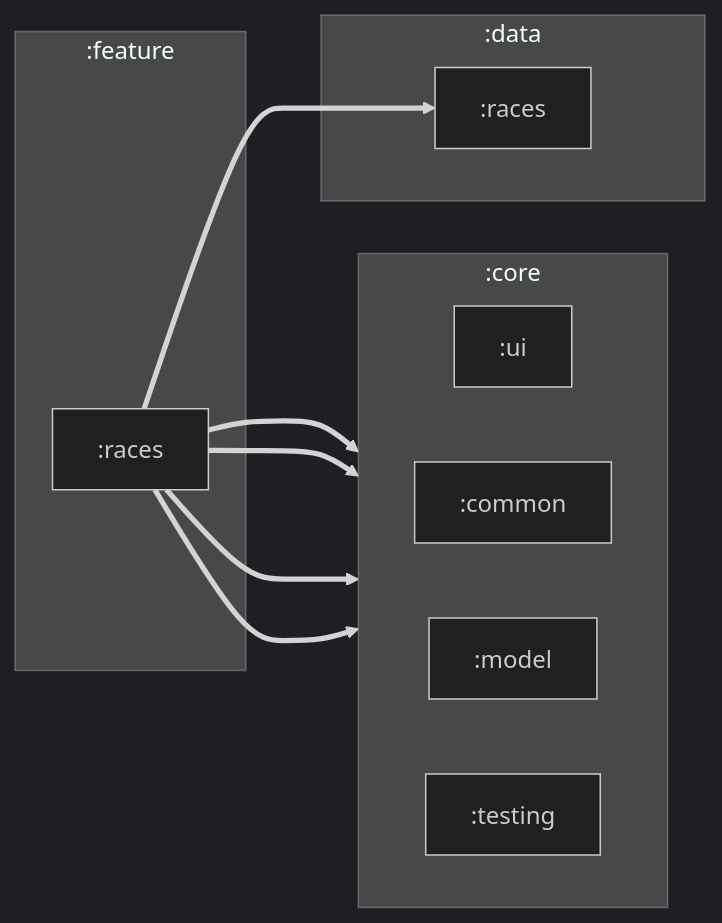
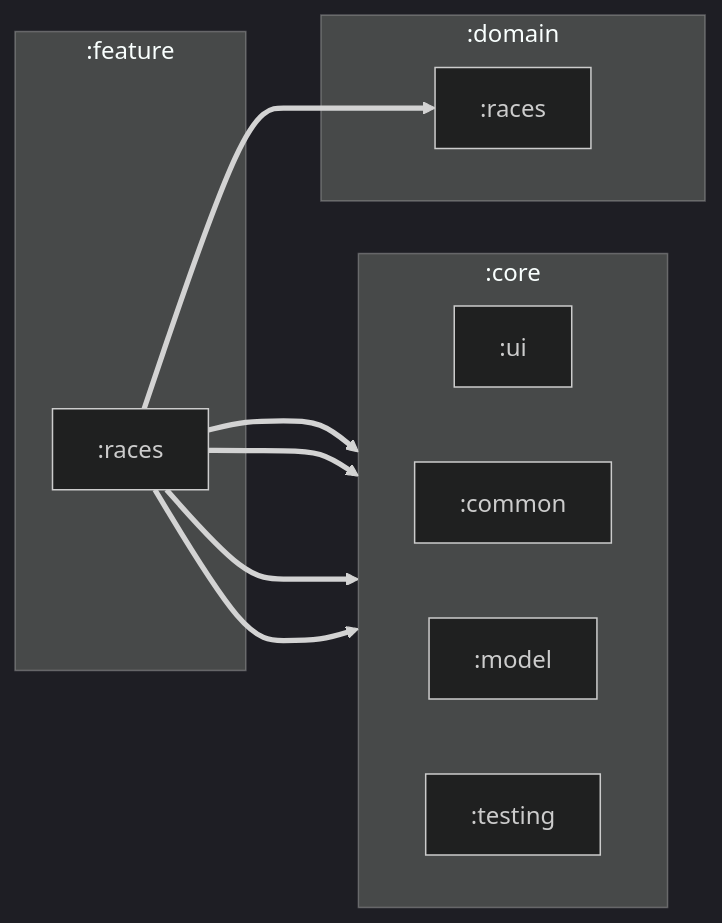
One commit to toquete/boxbox changed the diagram in feature/races/README.md. Above: the diagram before and after it, drawn with Mermaid. The commit also changed 6 other files, not shown here.

````diff
--- a/feature/races/README.md
+++ b/feature/races/README.md
@@ -1,22 +1,22 @@
 ```mermaid
 %%{init: {'theme':'dark'}}%%
 flowchart LR
     RACES ==> UI
     RACES ==> COMMON
     RACES ==> MODEL
     RACES ==> TESTING
     RACES ==> RACES_DATA
     subgraph :core
         direction LR
         MODEL[:model]
         TESTING[:testing]
         UI[:ui]
         COMMON[:common]
     end
-    subgraph :data
+    subgraph :domain
         RACES_DATA[:races]
     end
     subgraph :feature
         RACES[:races]
     end
 ```
````
